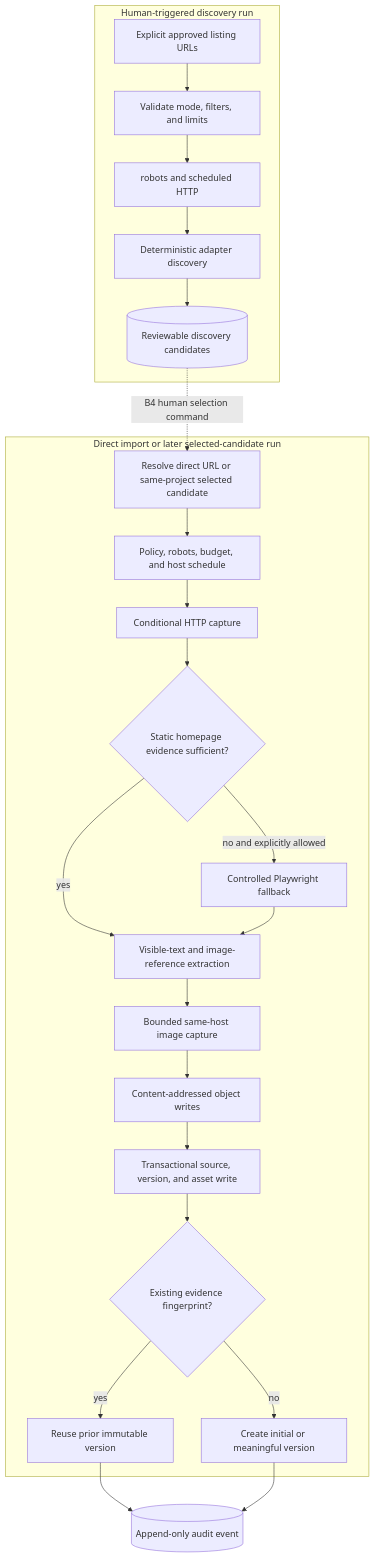
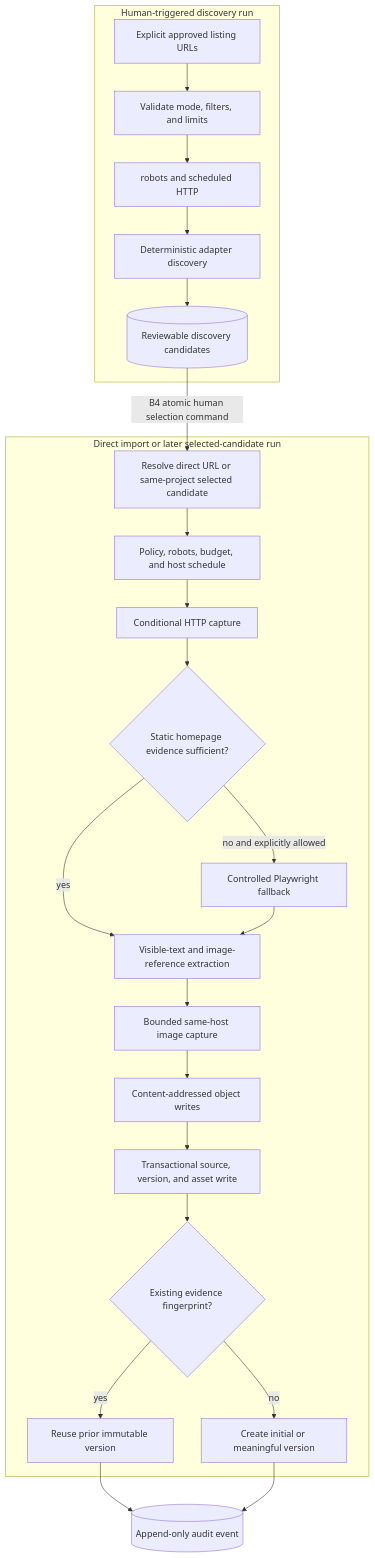
One commit to Wenqi77Zhang/GameCrafter-Agent changed the fifth of 9 diagrams in docs/architecture/system-architecture.md. Above: the diagram before and after it, drawn with Mermaid. The commit also changed other lines of this file and 15 other files, not shown here.

````diff
--- a/docs/architecture/system-architecture.md
+++ b/docs/architecture/system-architecture.md
@@ -134,36 +136,36 @@
 ```mermaid
 flowchart TB
     subgraph Discovery["Human-triggered discovery run"]
         D1["Explicit approved listing URLs"]
         D2["Validate mode, filters, and limits"]
         D3["robots and scheduled HTTP"]
         D4["Deterministic adapter discovery"]
         D5[("Reviewable discovery candidates")]
         D1 --> D2 --> D3 --> D4 --> D5
     end
 
     subgraph Capture["Direct import or later selected-candidate run"]
         C1["Resolve direct URL or same-project selected candidate"]
         C2["Policy, robots, budget, and host schedule"]
         C3["Conditional HTTP capture"]
         C4{"Static homepage evidence sufficient?"}
         C5["Controlled Playwright fallback"]
         C6["Visible-text and image-reference extraction"]
         C7["Bounded same-host image capture"]
         C8["Content-addressed object writes"]
         C9["Transactional source, version, and asset write"]
         C10{"Existing evidence fingerprint?"}
         C11["Reuse prior immutable version"]
         C12["Create initial or meaningful version"]
         C1 --> C2 --> C3 --> C4
         C4 -->|"yes"| C6
         C4 -->|"no and explicitly allowed"| C5 --> C6
         C6 --> C7 --> C8 --> C9 --> C10
         C10 -->|"yes"| C11
         C10 -->|"no"| C12
     end
 
-    D5 -. "B4 human selection command" .-> C1
+    D5 -->|"B4 atomic human selection command"| C1
     C11 --> AUDIT[("Append-only audit event")]
     C12 --> AUDIT
 ```
````
